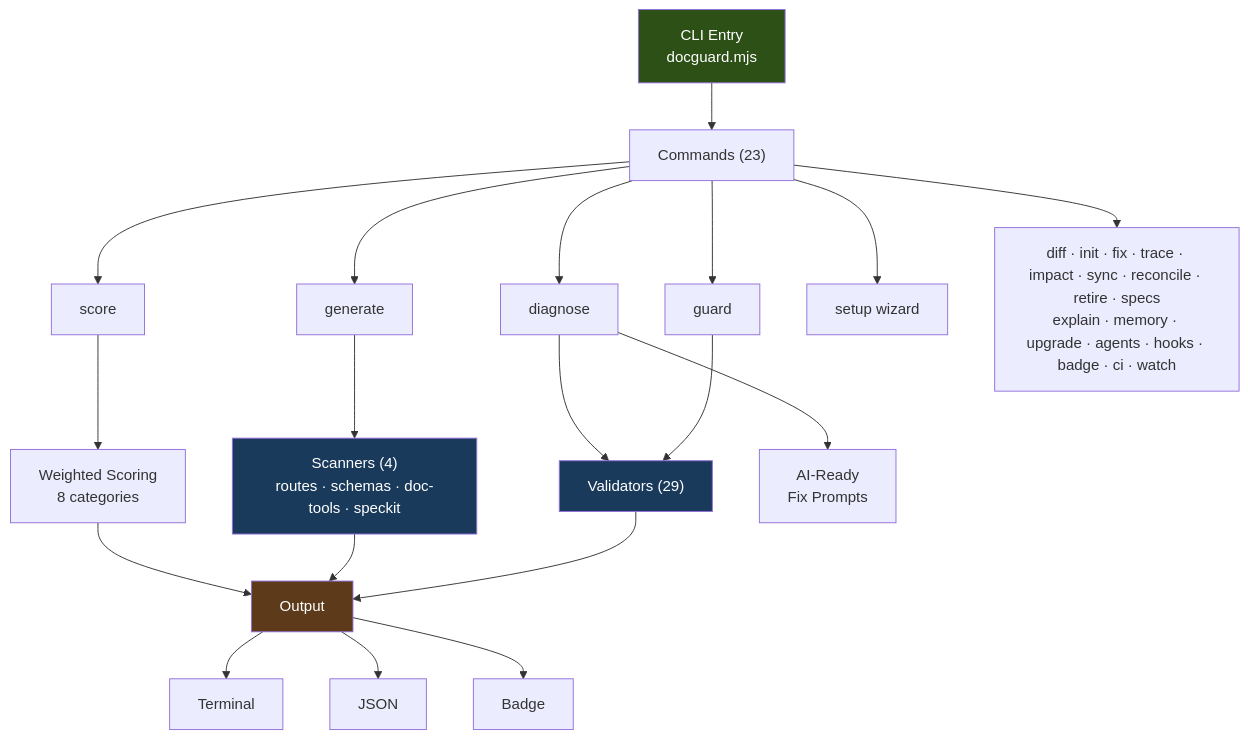
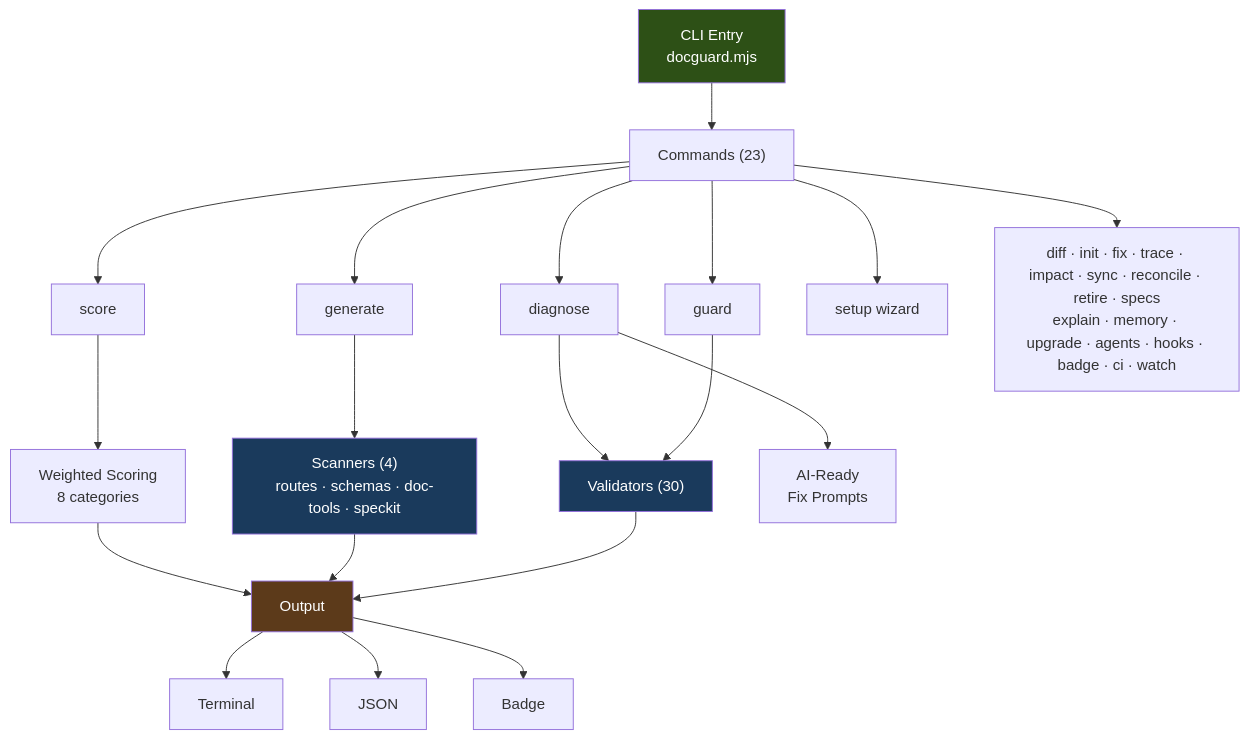
One commit to raccioly/docguard changed the diagram in README.md. Above: the diagram before and after it, drawn with Mermaid. The commit also changed other lines of this file and 57 other files, not shown here.

````diff
--- a/README.md
+++ b/README.md
@@ -70,28 +70,28 @@
 ```mermaid
 graph TD
     CLI["CLI Entry<br/>docguard.mjs"] --> Commands["Commands (23)"]
     Commands --> guard["guard"]
     Commands --> generate["generate"]
     Commands --> score["score"]
     Commands --> diagnose["diagnose"]
     Commands --> setup["setup wizard"]
     Commands --> other["diff · init · fix · trace · impact · sync · reconcile · retire · specs<br/>explain · memory · upgrade · agents · hooks · badge · ci · watch"]
 
-    guard --> Validators["Validators (29)"]
+    guard --> Validators["Validators (30)"]
     generate --> Scanners["Scanners (4)<br/>routes · schemas · doc-tools · speckit"]
     score --> Scoring["Weighted Scoring<br/>8 categories"]
     diagnose --> Validators
     diagnose --> AIPrompts["AI-Ready<br/>Fix Prompts"]
 
     Validators --> Output["Output"]
     Scanners --> Output
     Scoring --> Output
     Output --> Terminal["Terminal"]
     Output --> JSON["JSON"]
     Output --> Badge["Badge"]
 
     style CLI fill:#2d5016,color:#fff
     style Validators fill:#1a3a5c,color:#fff
     style Scanners fill:#1a3a5c,color:#fff
     style Output fill:#5c3a1a,color:#fff
 ```
````
